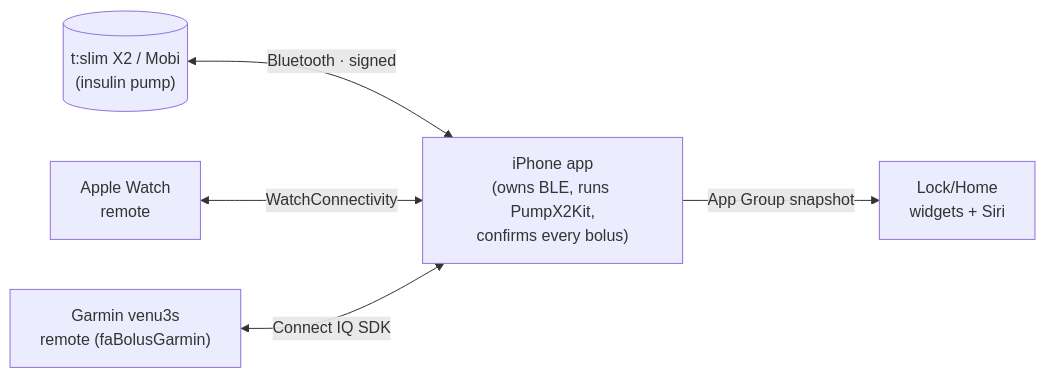
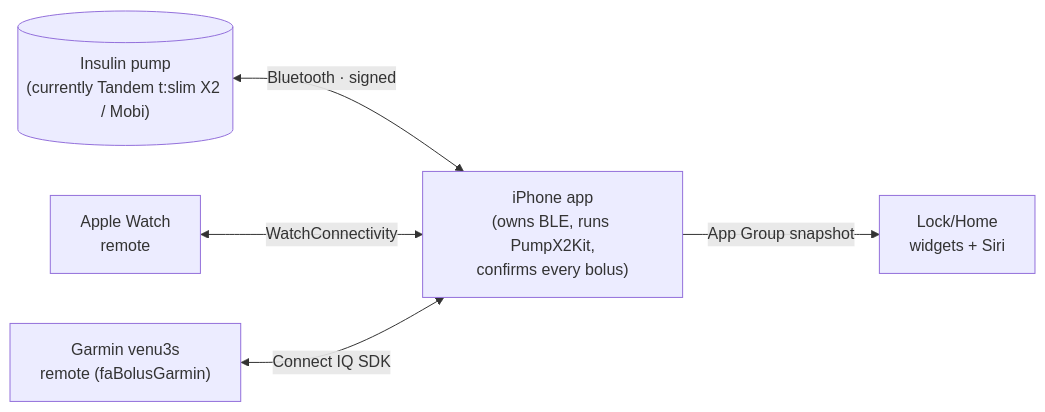
One commit to faBolus-app/faBolus changed the diagram in docs/architecture.md. Above: the diagram before and after it, drawn with Mermaid. The commit also changed 8 other files, not shown here.

````diff
--- a/docs/architecture.md
+++ b/docs/architecture.md
@@ -12,13 +12,13 @@
 ```mermaid
 flowchart LR
-    Pump[("t:slim X2 / Mobi\n(insulin pump)")]
+    Pump[("Insulin pump\n(currently Tandem t:slim X2 / Mobi)")]
     Phone["iPhone app\n(owns BLE, runs PumpX2Kit,\nconfirms every bolus)"]
     Watch["Apple Watch\nremote"]
     Garmin["Garmin venu3s\nremote (faBolusGarmin)"]
     Widgets["Lock/Home\nwidgets + Siri"]
 
     Pump <-->|Bluetooth · signed| Phone
     Watch <-->|WatchConnectivity| Phone
     Garmin <-->|Connect IQ SDK| Phone
     Phone -->|App Group snapshot| Widgets
 ```
````
